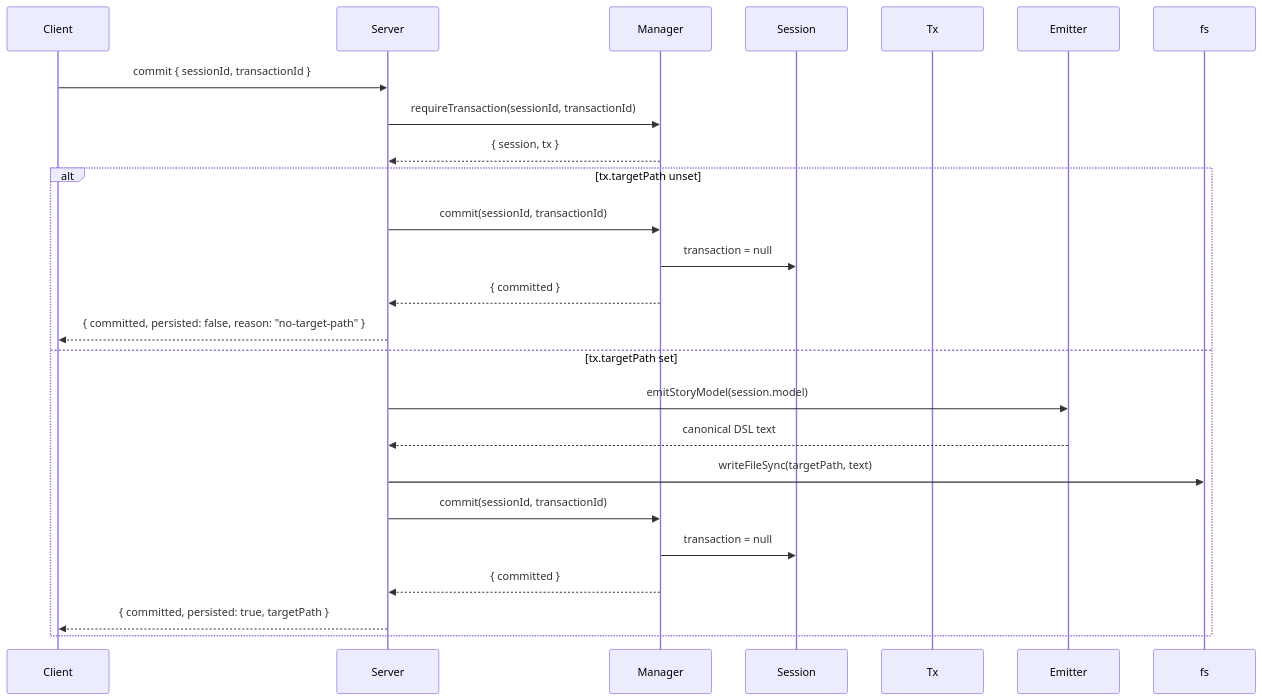
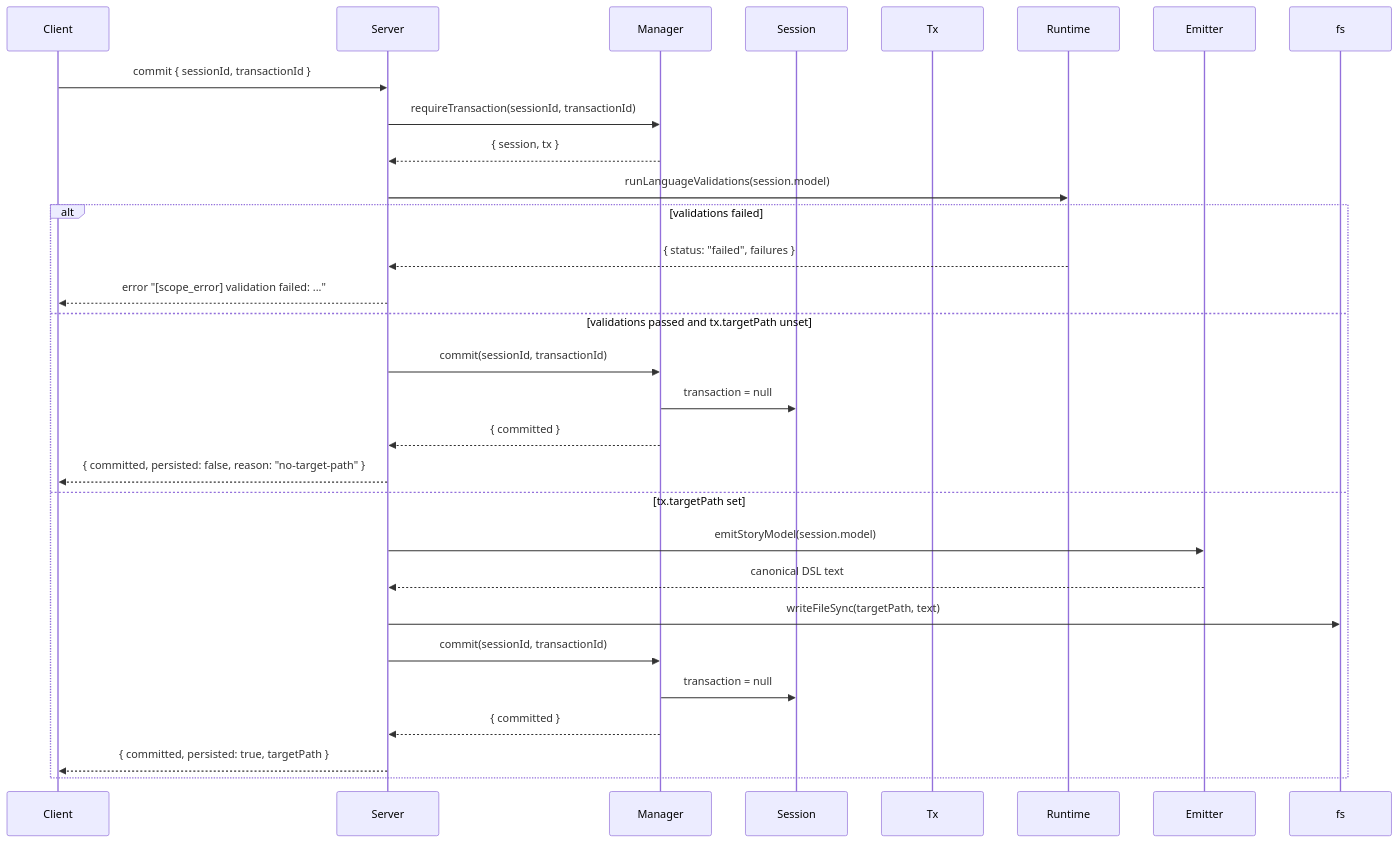
The ninth of 12 diagrams in specs/protocol.md (johnnyfs/qualms), drawn with Mermaid before and after one commit. The commit also changed other lines of this file and 11 other files, not shown here.

````diff
--- a/specs/protocol.md
+++ b/specs/protocol.md
@@ -268,28 +268,33 @@
 ```mermaid
 sequenceDiagram
   participant Client
   participant Server
   participant Manager
   participant Session
   participant Tx
+  participant Runtime
   participant Emitter
   participant FS as fs
 
   Client->>Server: commit { sessionId, transactionId }
   Server->>Manager: requireTransaction(sessionId, transactionId)
   Manager-->>Server: { session, tx }
-  alt tx.targetPath unset
+  Server->>Runtime: runLanguageValidations(session.model)
+  alt validations failed
+    Runtime-->>Server: { status: "failed", failures }
+    Server-->>Client: error "[scope_error] validation failed: ..."
+  else validations passed and tx.targetPath unset
     Server->>Manager: commit(sessionId, transactionId)
     Manager->>Session: transaction = null
     Manager-->>Server: { committed }
     Server-->>Client: { committed, persisted: false, reason: "no-target-path" }
   else tx.targetPath set
     Server->>Emitter: emitStoryModel(session.model)
     Emitter-->>Server: canonical DSL text
     Server->>FS: writeFileSync(targetPath, text)
     Server->>Manager: commit(sessionId, transactionId)
     Manager->>Session: transaction = null
     Manager-->>Server: { committed }
     Server-->>Client: { committed, persisted: true, targetPath }
   end
 ```
````
